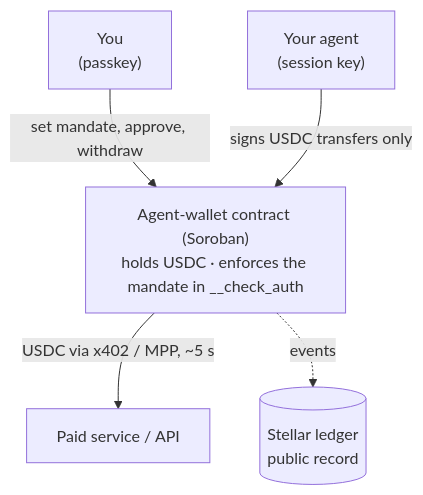
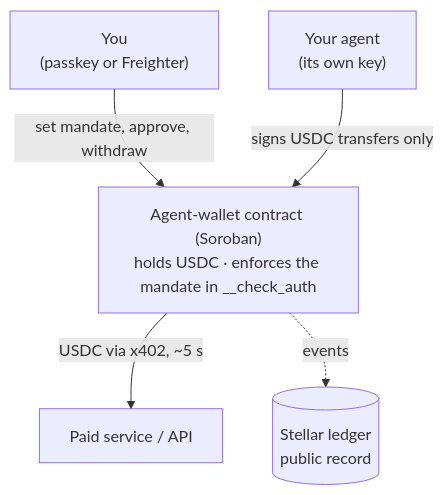
Before and after one commit to m2moryne/Oryne: the first of 3 diagrams in README.md, drawn with Mermaid. The commit also changed other lines of this file and 7 other files, not shown here.

````diff
--- a/README.md
+++ b/README.md
@@ -52,8 +55,8 @@
 ```mermaid
 flowchart TB
-    Owner["You<br/>(passkey)"] -- "set mandate, approve, withdraw" --> Wallet
-    Agent["Your agent<br/>(session key)"] -- "signs USDC transfers only" --> Wallet
+    Owner["You<br/>(passkey or Freighter)"] -- "set mandate, approve, withdraw" --> Wallet
+    Agent["Your agent<br/>(its own key)"] -- "signs USDC transfers only" --> Wallet
     Wallet["Agent-wallet contract (Soroban)<br/>holds USDC · enforces the mandate in __check_auth"]
-    Wallet -- "USDC via x402 / MPP, ~5 s" --> Service["Paid service / API"]
+    Wallet -- "USDC via x402, ~5 s" --> Service["Paid service / API"]
     Wallet -. "events" .-> Ledger[("Stellar ledger<br/>public record")]
 ```
````
